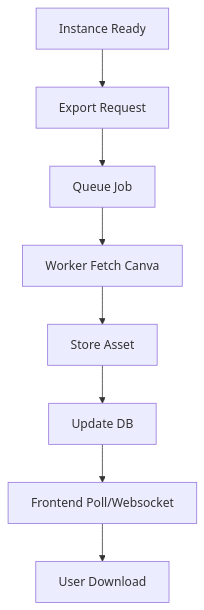
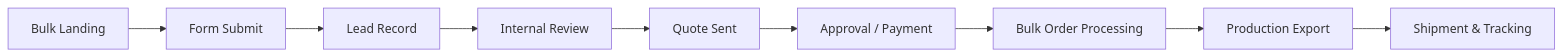
The third of 5 diagrams in laps.md (YassinYakoubi/nure_for_you_app-demo-), drawn with Mermaid before and after one commit. The commit also changed other lines of this file, not shown here.

````diff
--- a/laps.md
+++ b/laps.md
@@ -157,10 +137,11 @@
 ```mermaid
-flowchart TD
-S[Instance Ready] --> X[Export Request]
-X --> Q[Queue Job]
-Q --> W[Worker Fetch Canva]
-W --> O[Store Asset]
-O --> R[Update DB]
-R --> P[Frontend Poll/Websocket]
-P --> U[User Download]
+flowchart LR
+A[Bulk Landing] --> B[Form Submit]
+B --> C[Lead Record]
+C --> D[Internal Review]
+D --> E[Quote Sent]
+E --> F[Approval / Payment]
+F --> G[Bulk Order Processing]
+G --> H[Production Export]
+H --> I[Shipment & Tracking]
 ```
````
